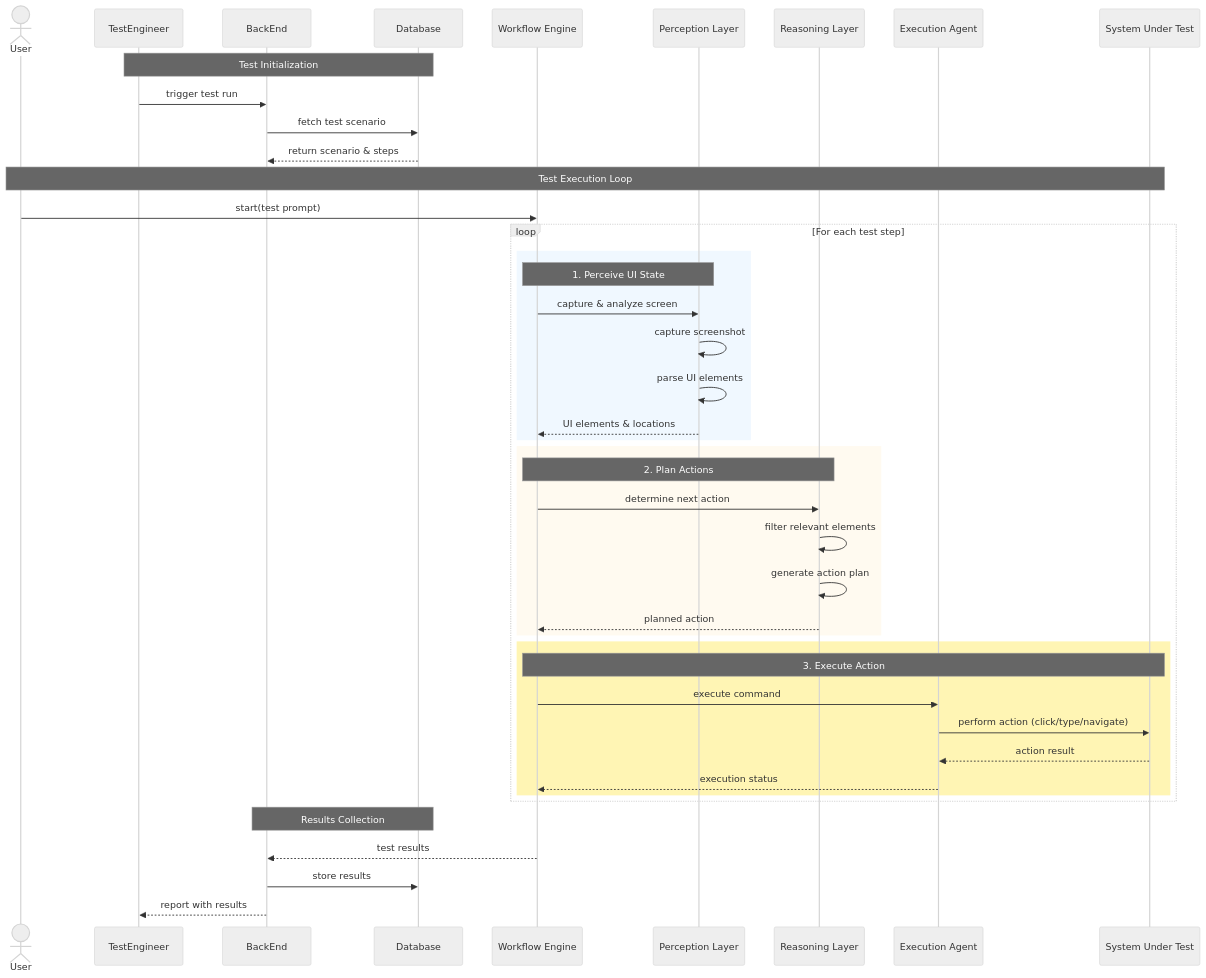
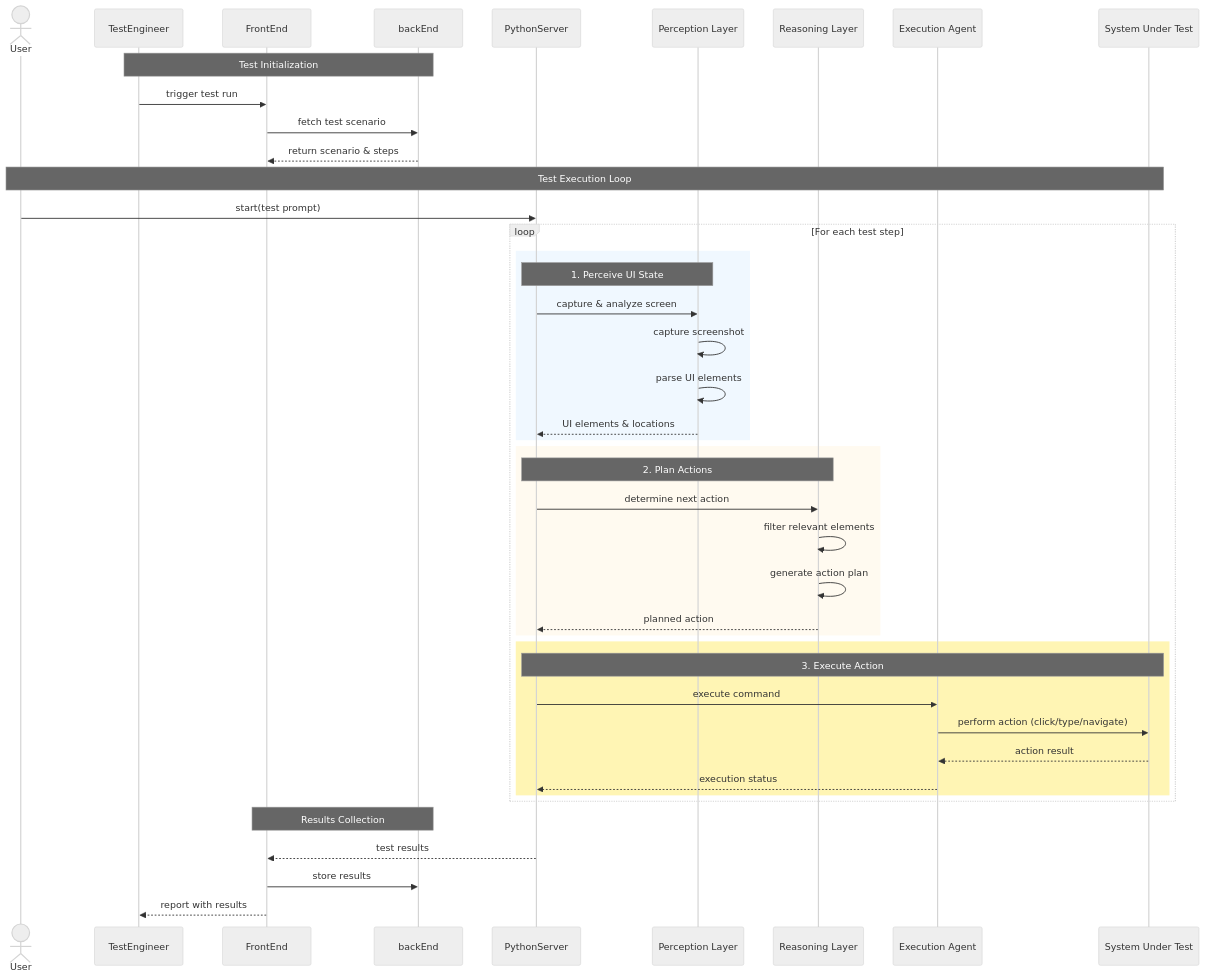
The first of 3 diagrams in docs/diagrams/workflow-diagrams.md (Youssef-Hossam2274/inspace-desktop), drawn with Mermaid (neutral theme) before and after one commit.

Commit message:
edit readme file

````diff
--- a/docs/diagrams/workflow-diagrams.md
+++ b/docs/diagrams/workflow-diagrams.md
@@ -14,57 +14,57 @@
 ```mermaid
   sequenceDiagram
     actor User
     participant TestEngineer
-    participant BackEnd
-    participant Database
-    participant Workflow as Workflow Engine
+    participant FrontEnd
+    participant backEnd
+    participant PythonServer as PythonServer
     participant Perception as Perception Layer
     participant Reasoning as Reasoning Layer
     participant Agent as Execution Agent
     participant SUT as System Under Test
 
     %% Test Setup
-    Note over TestEngineer,Database: Test Initialization
-    TestEngineer->>BackEnd: trigger test run
-    BackEnd->>Database: fetch test scenario
-    Database-->>BackEnd: return scenario & steps
+    Note over TestEngineer,backEnd: Test Initialization
+    TestEngineer->>FrontEnd: trigger test run
+    FrontEnd->>backEnd: fetch test scenario
+    backEnd-->>FrontEnd: return scenario & steps
     
     %% Workflow Execution
     Note over User,SUT: Test Execution Loop
-    User->>Workflow: start(test prompt)
+    User->>PythonServer: start(test prompt)
     
     loop For each test step
         %% Perception Phase
         rect rgb(240, 248, 255)
-        Note over Workflow,Perception: 1. Perceive UI State
-        Workflow->>Perception: capture & analyze screen
+        Note over PythonServer,Perception: 1. Perceive UI State
+        PythonServer->>Perception: capture & analyze screen
         Perception->>Perception: capture screenshot
         Perception->>Perception: parse UI elements
-        Perception-->>Workflow: UI elements & locations
+        Perception-->>PythonServer: UI elements & locations
         end
         
         %% Reasoning Phase
         rect rgb(255, 250, 240)
-        Note over Workflow,Reasoning: 2. Plan Actions
-        Workflow->>Reasoning: determine next action
+        Note over PythonServer,Reasoning: 2. Plan Actions
+        PythonServer->>Reasoning: determine next action
         Reasoning->>Reasoning: filter relevant elements
         Reasoning->>Reasoning: generate action plan
-        Reasoning-->>Workflow: planned action
+        Reasoning-->>PythonServer: planned action
         end
         
         %% Execution Phase
         rect rgb(255, 245, 180)
-        Note over Workflow,SUT: 3. Execute Action
-        Workflow->>Agent: execute command
+        Note over PythonServer,SUT: 3. Execute Action
+        PythonServer->>Agent: execute command
         Agent->>SUT: perform action (click/type/navigate)
         SUT-->>Agent: action result
-        Agent-->>Workflow: execution status
+        Agent-->>PythonServer: execution status
         end
     end
     
     %% Results & Reporting
-    Note over BackEnd,Database: Results Collection
-    Workflow-->>BackEnd: test results
-    BackEnd->>Database: store results
-    BackEnd-->>TestEngineer: report with results
+    Note over FrontEnd,backEnd: Results Collection
+    PythonServer-->>FrontEnd: test results
+    FrontEnd->>backEnd: store results
+    FrontEnd-->>TestEngineer: report with results
 ```
````
